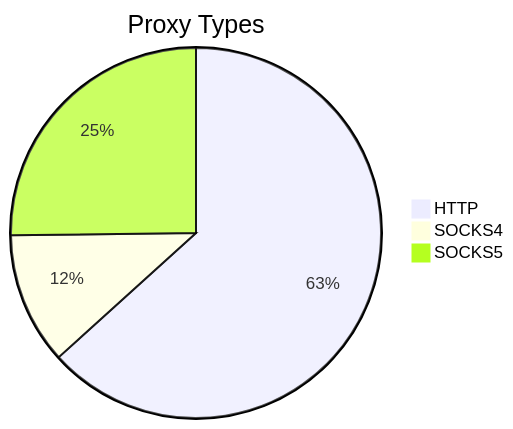
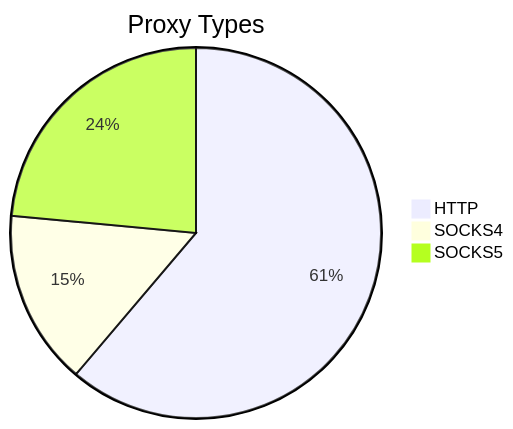
One commit to stormsia/proxy-list changed the first of 2 diagrams in README.md. Above: the diagram before and after it, drawn with Mermaid. The commit also changed other lines of this file, not shown here.

````diff
--- a/README.md
+++ b/README.md
@@ -21,6 +21,6 @@
 ```mermaid
 pie title Proxy Types
-    "HTTP" : 319
-    "SOCKS4" : 58
-    "SOCKS5" : 127
+    "HTTP" : 445
+    "SOCKS4" : 111
+    "SOCKS5" : 171
 ```
````
